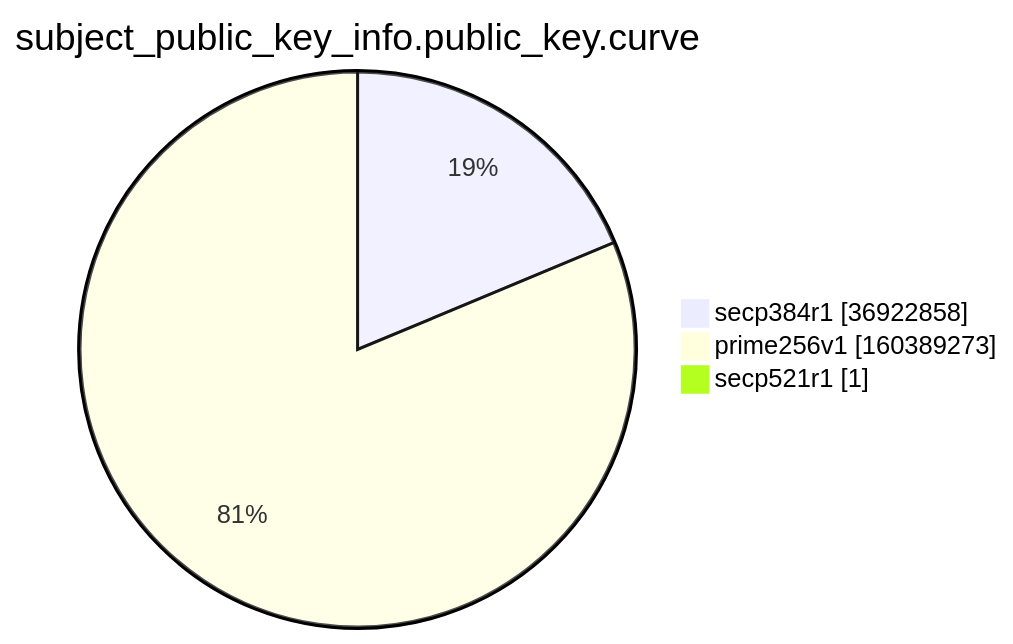
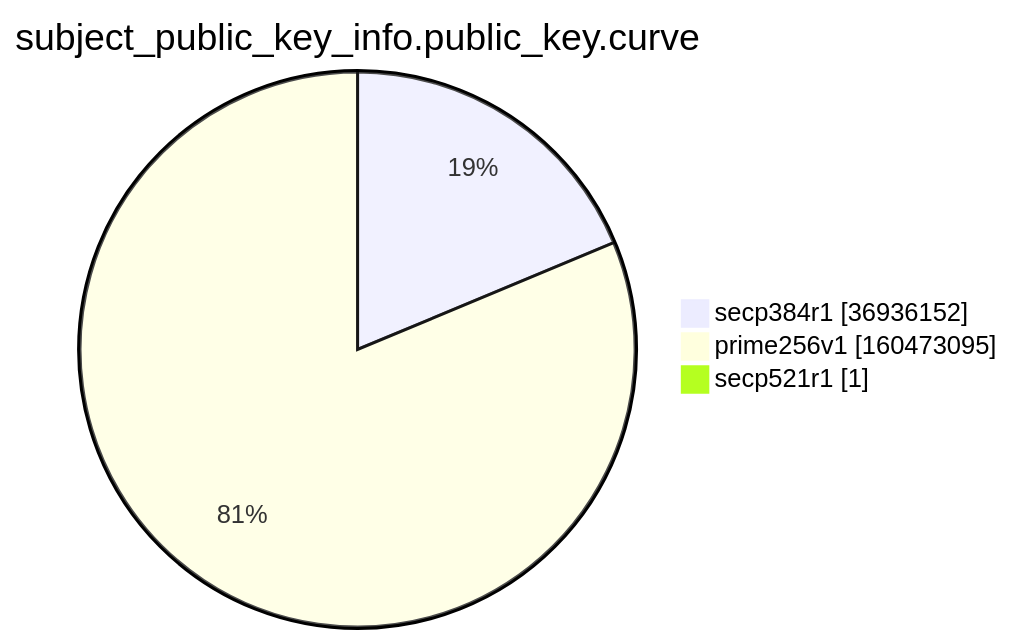
Before and after one commit to christiankrug/ctmonitor_visualization: the ninth of 15 diagrams in argon2022/README.md, drawn with Mermaid. The commit also changed other lines of this file, not shown here.

````diff
--- a/argon2022/README.md
+++ b/argon2022/README.md
@@ -2766,7 +2766,7 @@
 ```mermaid
 pie showData
 title subject_public_key_info.public_key.curve
-"secp384r1" :36922858
-"prime256v1" :160389273
+"secp384r1" :36936152
+"prime256v1" :160473095
 "secp521r1" :1
 ```
````
